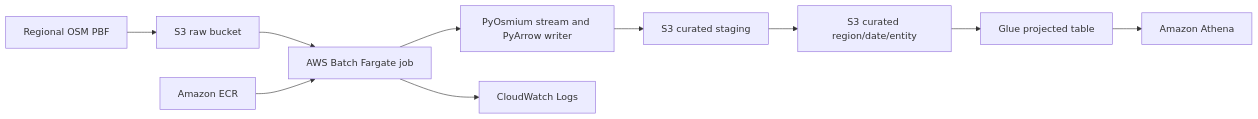
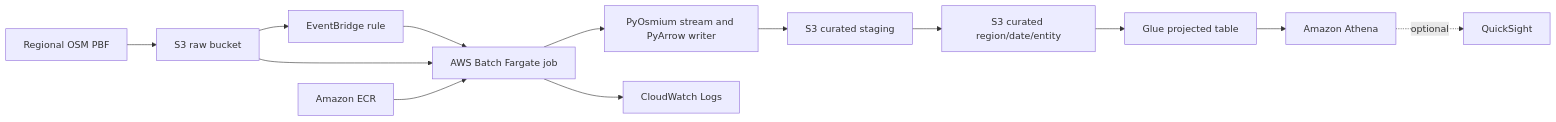
The diagram in README.md (aarigonimi/aws-pbf-dataparser), drawn with Mermaid before and after one commit. The commit also changed other lines of this file and 99 other files, not shown here.

````diff
--- a/README.md
+++ b/README.md
@@ -38,12 +63,15 @@
 ```mermaid
 flowchart LR
     PBF[Regional OSM PBF] --> RAW[S3 raw bucket]
-    RAW --> JOB[AWS Batch Fargate job]
+    RAW --> EB[EventBridge rule]
+    EB --> JOB[AWS Batch Fargate job]
+    RAW --> JOB
     ECR[Amazon ECR] --> JOB
     JOB --> APP[PyOsmium stream and PyArrow writer]
     APP --> STAGE[S3 curated staging]
     STAGE --> CURATED[S3 curated region/date/entity]
     JOB --> LOGS[CloudWatch Logs]
     CURATED --> GLUE[Glue projected table]
     GLUE --> ATHENA[Amazon Athena]
+    ATHENA -. optional .-> QS[QuickSight]
 ```
````
